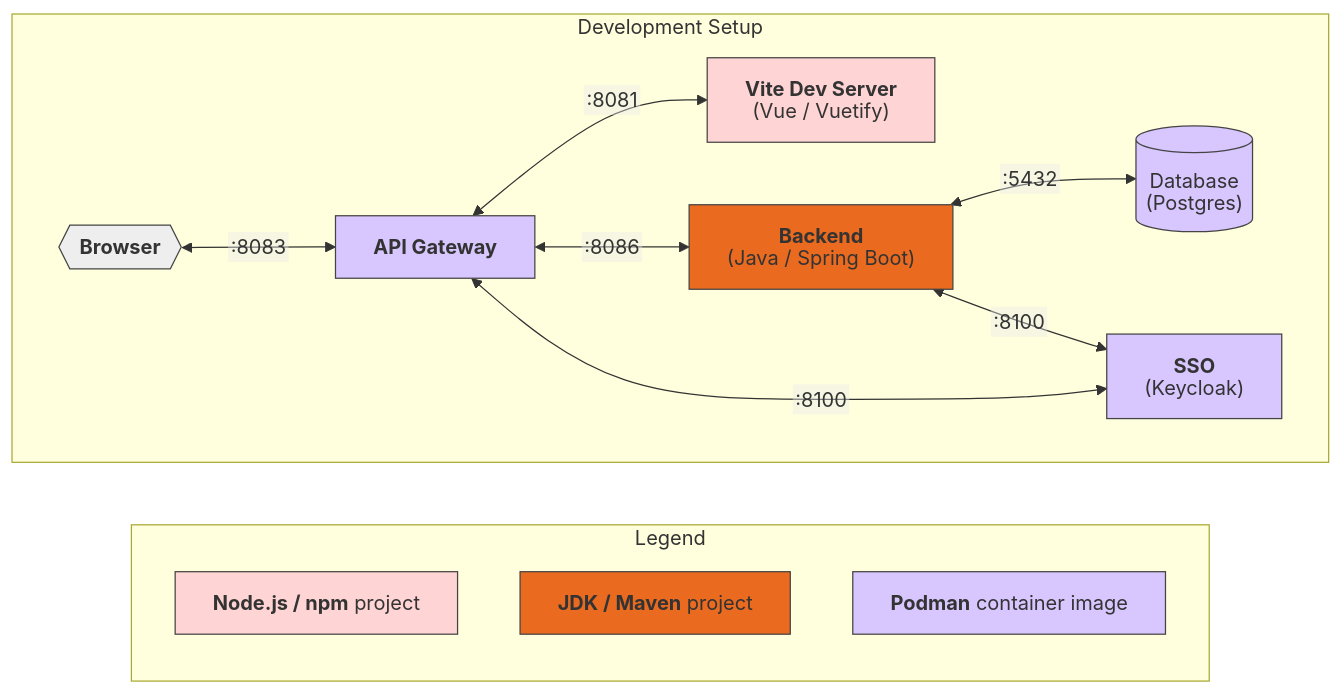
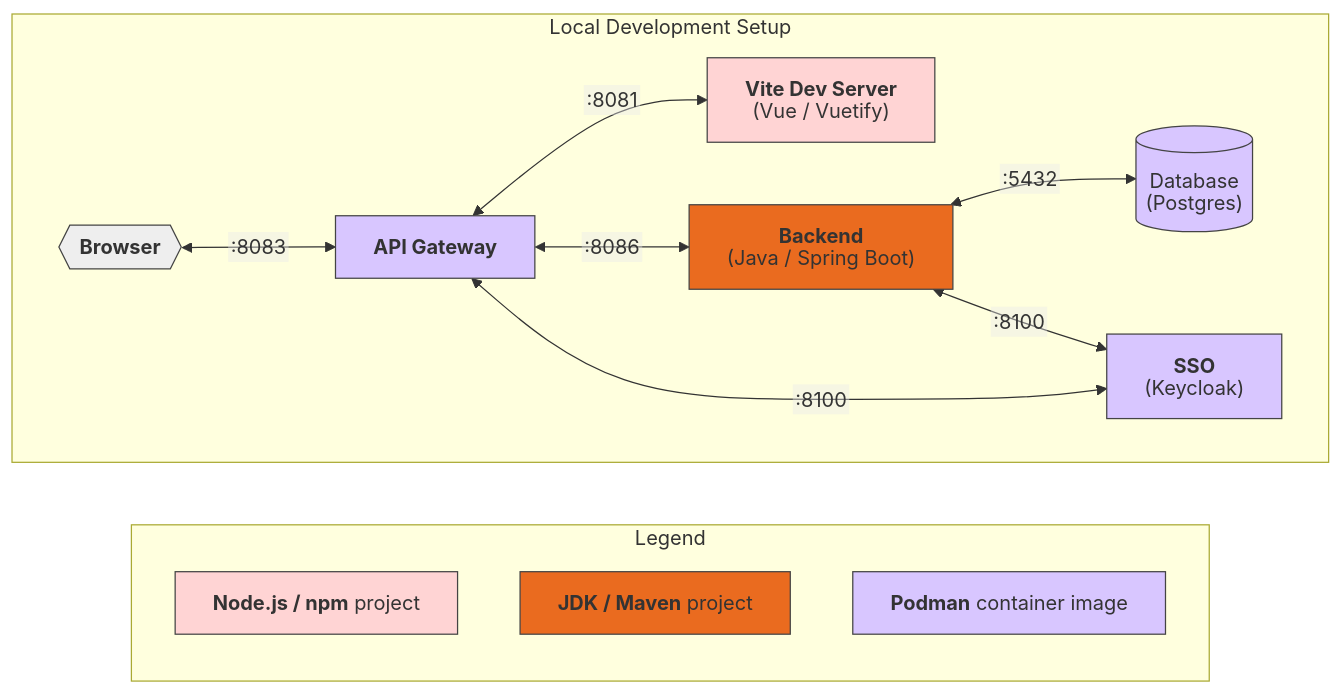
One commit to it-at-m/refarch changed the diagram in docs/templates/develop.md. Above: the diagram before and after it, drawn with Mermaid.

Commit message:
:memo: Small change

````diff
--- a/docs/templates/develop.md
+++ b/docs/templates/develop.md
@@ -15,52 +15,52 @@
 ```mermaid
 ---
 config:
   htmlLabels: false
 ---
 flowchart LR
     classDef browser fill:#eeeeee,stroke:#444;
     classDef pod fill:#d8c6ff,stroke:#444;
     classDef maven fill:#ea6b1f,stroke:#444;
     classDef npm fill:#ffd4d4,stroke:#444;
     
     subgraph Legend
         NODE["`**Node.js / npm**`" project]
         MAVEN["`**JDK / Maven**`" project]
         POD["`**Podman**`" container image]
 
         class NODE npm;
         class MAVEN maven;
         class POD pod;
     end
 
-    subgraph Development Setup
+    subgraph Local Development Setup
         direction LR
         B{{"`**Browser**`"}}
         AG["`**API Gateway**`"]
         FE["`**Vite Dev Server**<br/> (Vue / Vuetify)`"]
         BE["`**Backend**<br/> (Java / Spring Boot)`"]
         DB@{ shape: db, label: Database<br/> (Postgres)}
         KC["`**SSO**<br/> (Keycloak)`"]
 
         %% Main application flow
         B <-- :8083 --> AG
         AG <-- :8081 --> FE
         AG <-- :8086 --> BE
         BE <-- :5432 --> DB
 
         %% Authentication
         AG <-- :8100 --> KC
         BE <-- :8100 --> KC
 
         class B browser;
         class AG,KC,DB pod;
         class BE maven;
         class FE npm;
 
         click AG "../gateway"
         click FE "./develop#vite"
         click BE "./develop#maven"
         click DB "https://www.postgresql.org/"
         click KC "https://www.keycloak.org/"
     end
 ```
````
